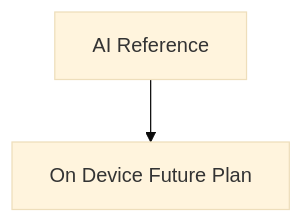
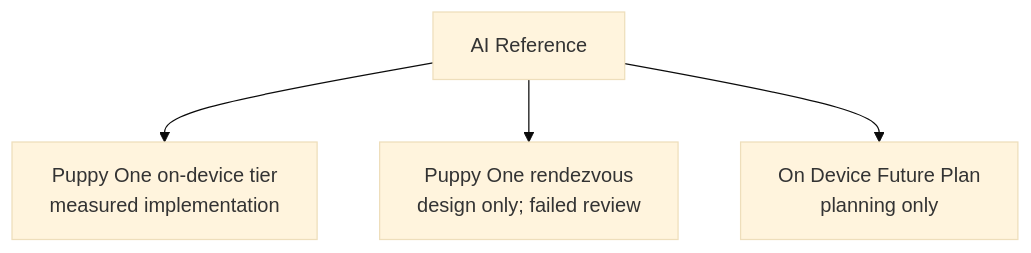
Before and after one commit to hushh-labs/hushh-research: the diagram in docs/reference/ai/README.md, drawn with Mermaid (base theme). The commit also changed other lines of this file and 15 other files, not shown here.

````diff
--- a/docs/reference/ai/README.md
+++ b/docs/reference/ai/README.md
@@ -6,6 +6,10 @@
 ```mermaid
 flowchart TD
   root["AI Reference"]
-  n1["On Device Future Plan"]
+  current["Puppy One on-device tier<br/>measured implementation"]
+  proposal["Puppy One rendezvous<br/>design only; failed review"]
+  n1["On Device Future Plan<br/>planning only"]
+  root --> current
+  root --> proposal
   root --> n1
 ```
````
